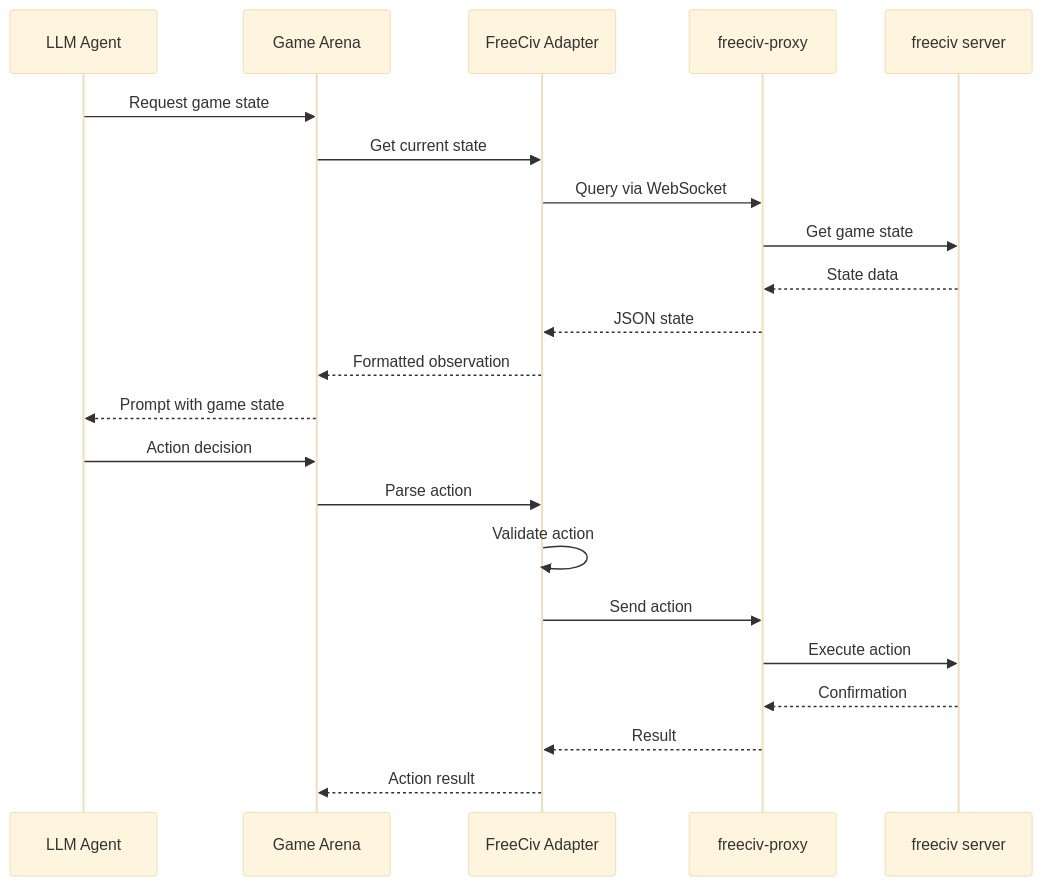
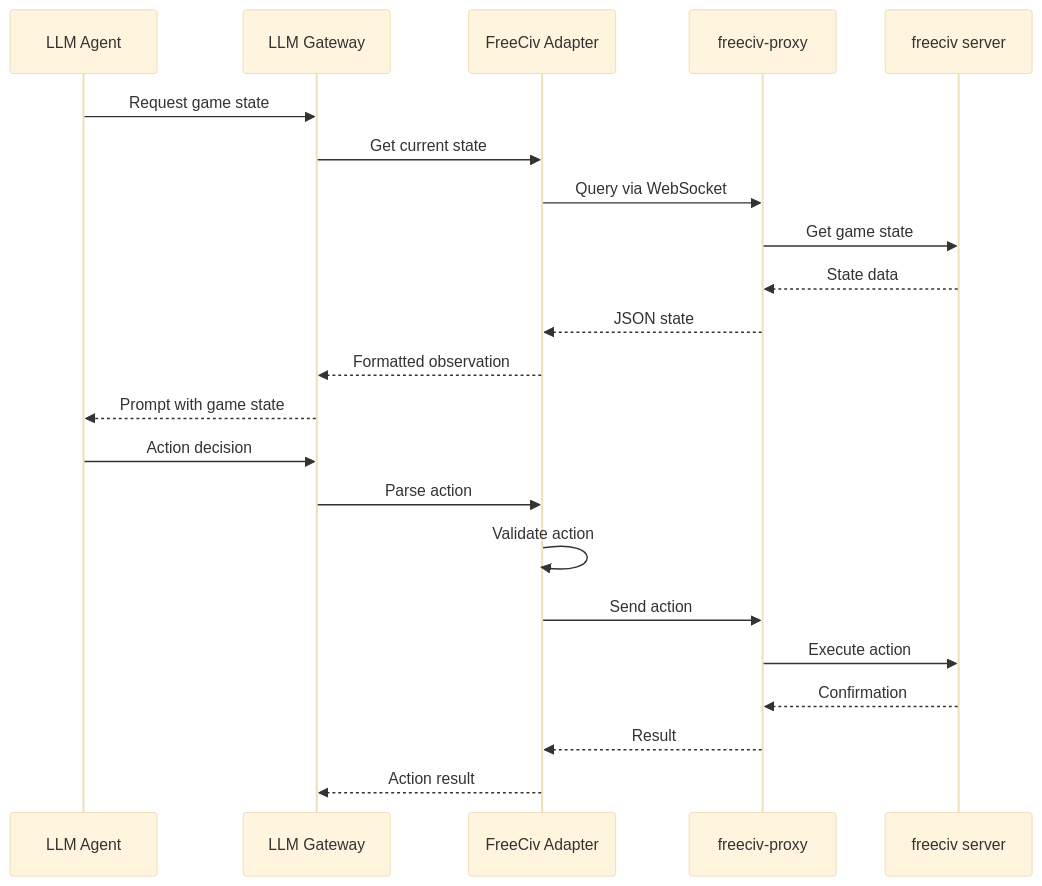
The second of 14 diagrams in Technical_Spec.md (taso-labs/freeciv3d), drawn with Mermaid (base theme) before and after one commit. The commit also changed other lines of this file and 44 other files, not shown here.

````diff
--- a/Technical_Spec.md
+++ b/Technical_Spec.md
@@ -46,27 +46,27 @@
 ```mermaid
 sequenceDiagram
     participant LLM as LLM Agent
-    participant GA as Game Arena
+    participant GA as LLM Gateway
     participant Adapter as FreeCiv Adapter
     participant Proxy as freeciv-proxy
     participant Server as freeciv server
 
     LLM->>GA: Request game state
     GA->>Adapter: Get current state
     Adapter->>Proxy: Query via WebSocket
     Proxy->>Server: Get game state
     Server-->>Proxy: State data
     Proxy-->>Adapter: JSON state
     Adapter-->>GA: Formatted observation
     GA-->>LLM: Prompt with game state
 
     LLM->>GA: Action decision
     GA->>Adapter: Parse action
     Adapter->>Adapter: Validate action
     Adapter->>Proxy: Send action
     Proxy->>Server: Execute action
     Server-->>Proxy: Confirmation
     Proxy-->>Adapter: Result
     Adapter-->>GA: Action result
 
 ```
````
